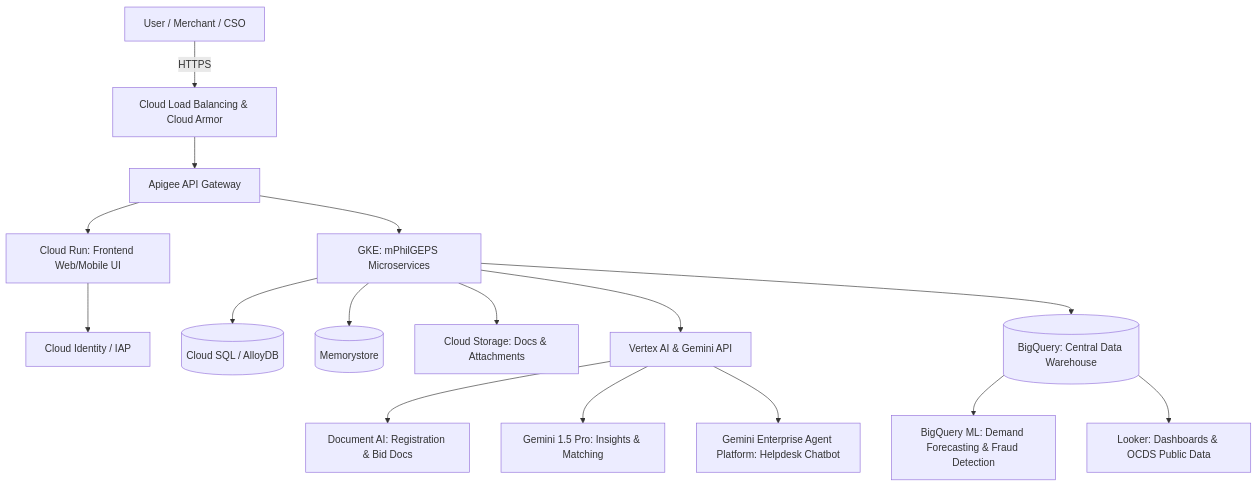
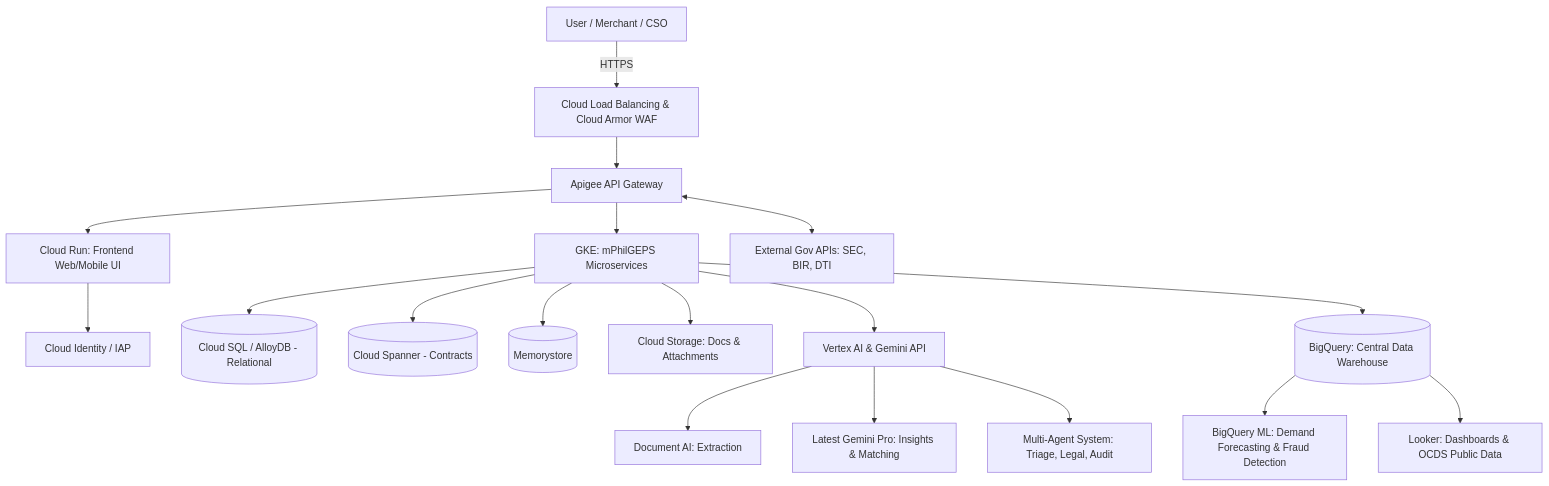
Before and after one commit to markea/psdbm-philgeps-2026: the diagram in mPhilGEPS_GoogleCloud_BRD.md, drawn with Mermaid. The commit also changed other lines of this file, not shown here.

Commit message:
Comprehensive BRD expansion: updated Gemini models, expanded personas, Multi-Agent architecture, and phasing

````diff
--- a/mPhilGEPS_GoogleCloud_BRD.md
+++ b/mPhilGEPS_GoogleCloud_BRD.md
@@ -84,21 +97,24 @@
 ```mermaid
 graph TD
-    User[User / Merchant / CSO] --> |HTTPS| LB[Cloud Load Balancing & Cloud Armor]
+    User[User / Merchant / CSO] --> |HTTPS| LB[Cloud Load Balancing & Cloud Armor WAF]
     LB --> API[Apigee API Gateway]
     API --> Frontend[Cloud Run: Frontend Web/Mobile UI]
     Frontend --> Auth[Cloud Identity / IAP]
     
     API --> mPhilGEPS[GKE: mPhilGEPS Microservices]
-    mPhilGEPS --> DB[(Cloud SQL / AlloyDB)]
+    mPhilGEPS --> DB[(Cloud SQL / AlloyDB - Relational)]
+    mPhilGEPS --> Spanner[(Cloud Spanner - Contracts)]
     mPhilGEPS --> Cache[(Memorystore)]
     mPhilGEPS --> Storage[Cloud Storage: Docs & Attachments]
     
     mPhilGEPS --> AI_Gateway[Vertex AI & Gemini API]
-    AI_Gateway --> DocAI[Document AI: Registration & Bid Docs]
-    AI_Gateway --> Gemini[Gemini 1.5 Pro: Insights & Matching]
-    AI_Gateway --> Agent[Gemini Enterprise Agent Platform: Helpdesk Chatbot]
+    AI_Gateway --> DocAI[Document AI: Extraction]
+    AI_Gateway --> Gemini[Latest Gemini Pro: Insights & Matching]
+    AI_Gateway --> Agent[Multi-Agent System: Triage, Legal, Audit]
     
     mPhilGEPS --> BQ[(BigQuery: Central Data Warehouse)]
     BQ --> BQML[BigQuery ML: Demand Forecasting & Fraud Detection]
     BQ --> Looker[Looker: Dashboards & OCDS Public Data]
+    
+    API <--> External[External Gov APIs: SEC, BIR, DTI]
 ```
````
